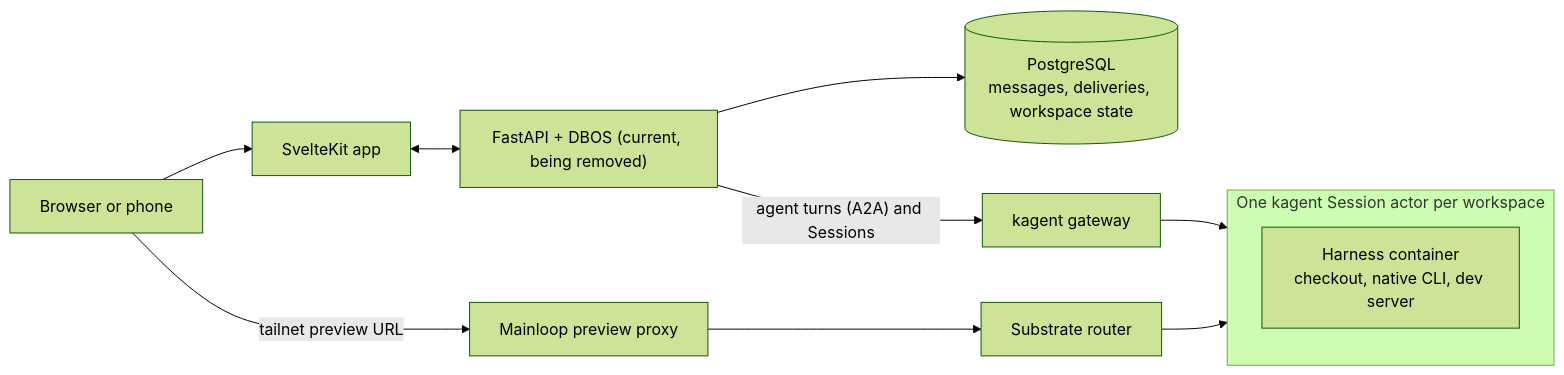
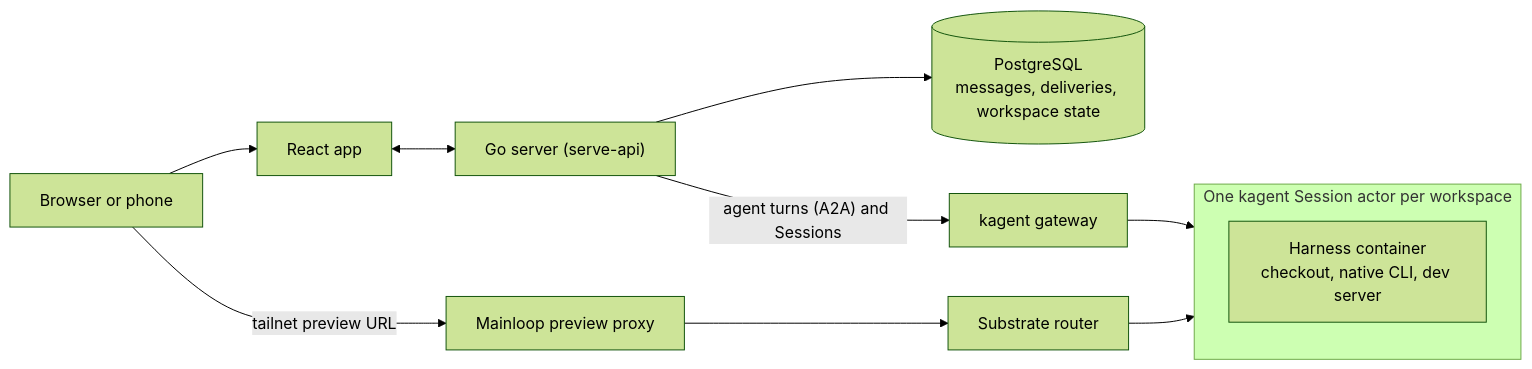
Before and after one commit to oldsj/mainloop: the first of 4 diagrams in docs/architecture.md, drawn with Mermaid (forest theme). The commit also changed other lines of this file and 25 other files, not shown here.

First line of the commit message:
docs: describe the Go server and React app

````diff
--- a/docs/architecture.md
+++ b/docs/architecture.md
@@ -13,15 +13,15 @@
 ```mermaid
 flowchart LR
-  person["Browser or phone"] --> app["SvelteKit app"]
-  app <--> api["FastAPI + DBOS (current, being removed)"]
+  person["Browser or phone"] --> app["React app"]
+  app <--> api["Go server (serve-api)"]
   api --> data[("PostgreSQL<br/>messages, deliveries, workspace state")]
   api -->|"agent turns (A2A) and Sessions"| kagent["kagent gateway"]
   person -->|tailnet preview URL| preview["Mainloop preview proxy"]
   preview --> router["Substrate router"]
 
   subgraph workspace["One kagent Session actor per workspace"]
     runtime["Harness container<br/>checkout, native CLI, dev server"]
   end
   kagent --> workspace
   router --> workspace
 ```
````
